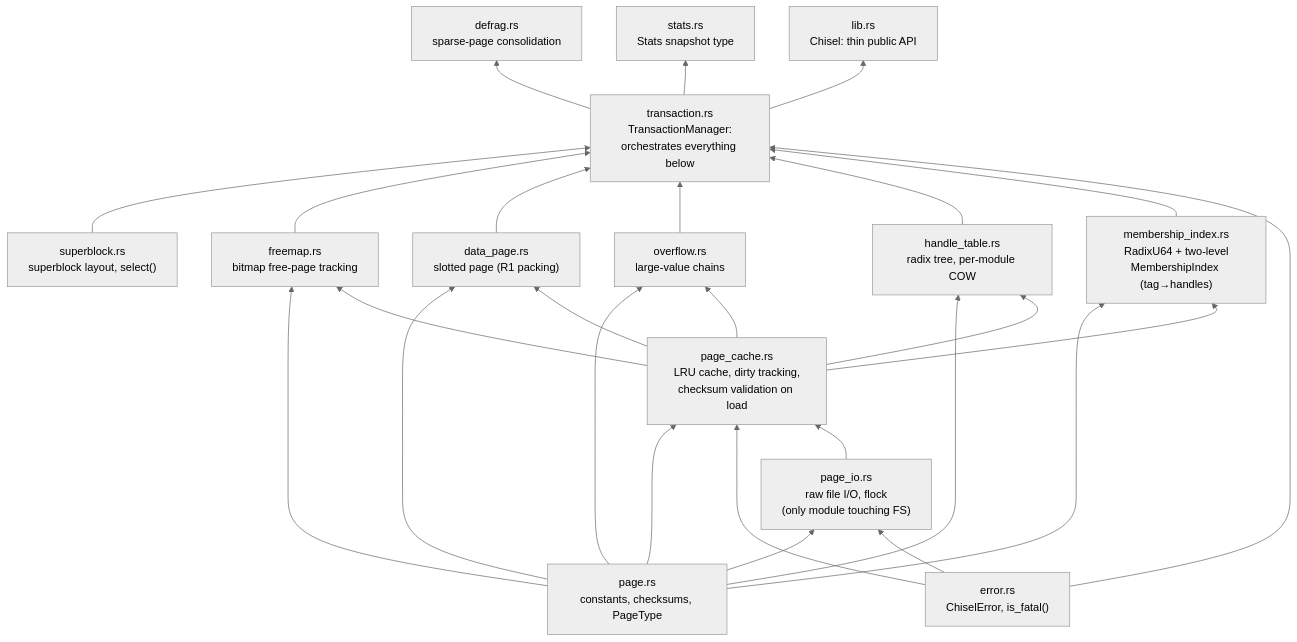
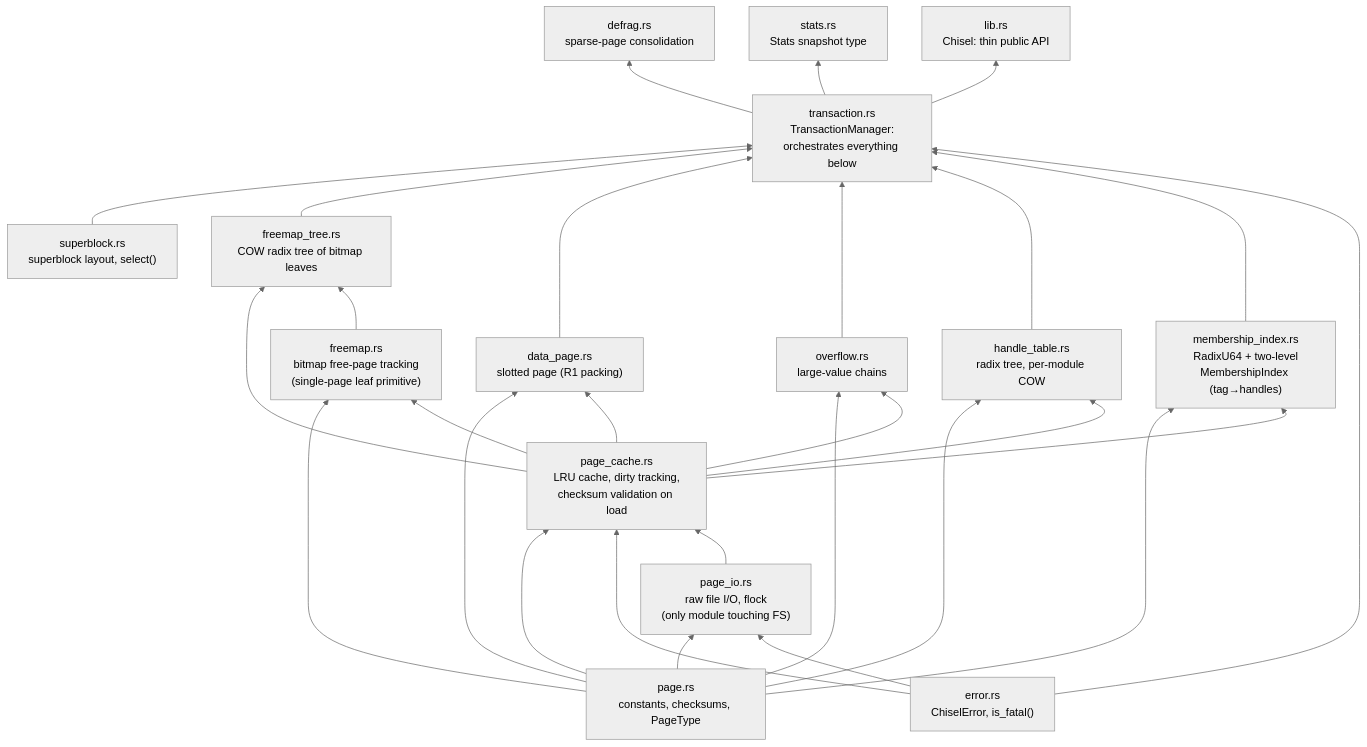
The first of 4 diagrams in ARCHITECTURE.md (pgexperts/chisel), drawn with Mermaid (neutral theme) before and after one commit. The commit also changed other lines of this file and 2 other files, not shown here.

First line of the commit message:
docs: ARCHITECTURE reflects the multi-page freemap

````diff
--- a/ARCHITECTURE.md
+++ b/ARCHITECTURE.md
@@ -53,43 +53,46 @@
 ```mermaid
 flowchart BT
     page["page.rs<br/>constants, checksums, PageType"]
     error["error.rs<br/>ChiselError, is_fatal()"]
     superblock["superblock.rs<br/>superblock layout, select()"]
     page_io["page_io.rs<br/>raw file I/O, flock<br/>(only module touching FS)"]
     page_cache["page_cache.rs<br/>LRU cache, dirty tracking,<br/>checksum validation on load"]
-    freemap["freemap.rs<br/>bitmap free-page tracking"]
+    freemap["freemap.rs<br/>bitmap free-page tracking<br/>(single-page leaf primitive)"]
+    freemap_tree["freemap_tree.rs<br/>COW radix tree of bitmap leaves"]
     data_page["data_page.rs<br/>slotted page (R1 packing)"]
     overflow["overflow.rs<br/>large-value chains"]
     handle_table["handle_table.rs<br/>radix tree, per-module COW"]
     membership_index["membership_index.rs<br/>RadixU64 + two-level<br/>MembershipIndex (tag→handles)"]
     transaction["transaction.rs<br/>TransactionManager:<br/>orchestrates everything below"]
     defrag["defrag.rs<br/>sparse-page consolidation"]
     stats["stats.rs<br/>Stats snapshot type"]
     lib["lib.rs<br/>Chisel: thin public API"]
 
     page --> page_io
     error --> page_io
     page --> page_cache
     error --> page_cache
     page_io --> page_cache
     page --> freemap
     page --> data_page
     page --> overflow
     page --> handle_table
     page --> membership_index
     page_cache --> freemap
+    page_cache --> freemap_tree
     page_cache --> data_page
     page_cache --> overflow
     page_cache --> handle_table
     page_cache --> membership_index
     superblock --> transaction
-    freemap --> transaction
+    freemap --> freemap_tree
+    freemap_tree --> transaction
     data_page --> transaction
     overflow --> transaction
     handle_table --> transaction
     membership_index --> transaction
     error --> transaction
     transaction --> defrag
     transaction --> stats
     transaction --> lib
 ```
````
